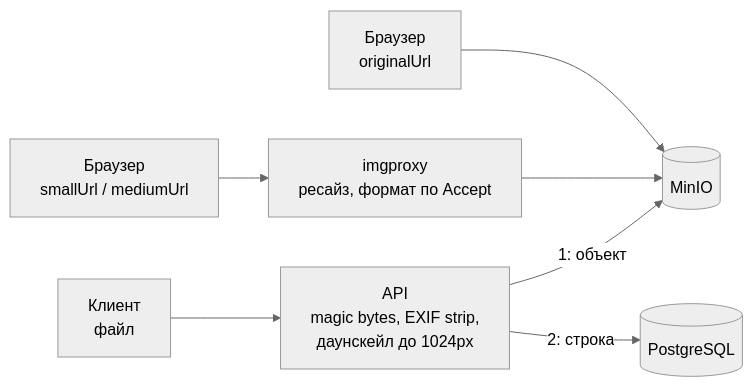
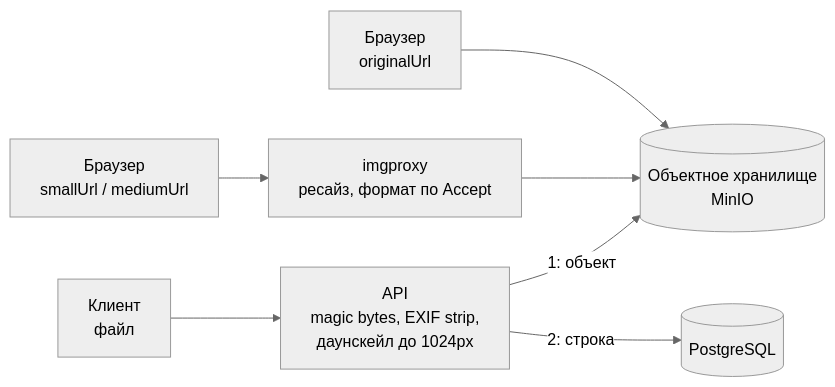
One commit to dm-am/dm3 changed the diagram in docs/architecture/UPLOADS.md. Above: the diagram before and after it, drawn with Mermaid (neutral theme). The commit also changed 1646 other files, not shown here.

````diff
--- a/docs/architecture/UPLOADS.md
+++ b/docs/architecture/UPLOADS.md
@@ -9,9 +9,9 @@
 ```mermaid
 flowchart LR
     up["Клиент<br/>файл"] --> api["API<br/>magic bytes, EXIF strip,<br/>даунскейл до 1024px"]
-    api -->|"1: объект"| s3[("MinIO")]
+    api -->|"1: объект"| s3[("Объектное хранилище<br/>MinIO")]
     api -->|"2: строка"| pg[("PostgreSQL")]
     view["Браузер<br/>smallUrl / mediumUrl"] --> proxy["imgproxy<br/>ресайз, формат по Accept"]
     proxy --> s3
     view2["Браузер<br/>originalUrl"] --> s3
 ```
````
